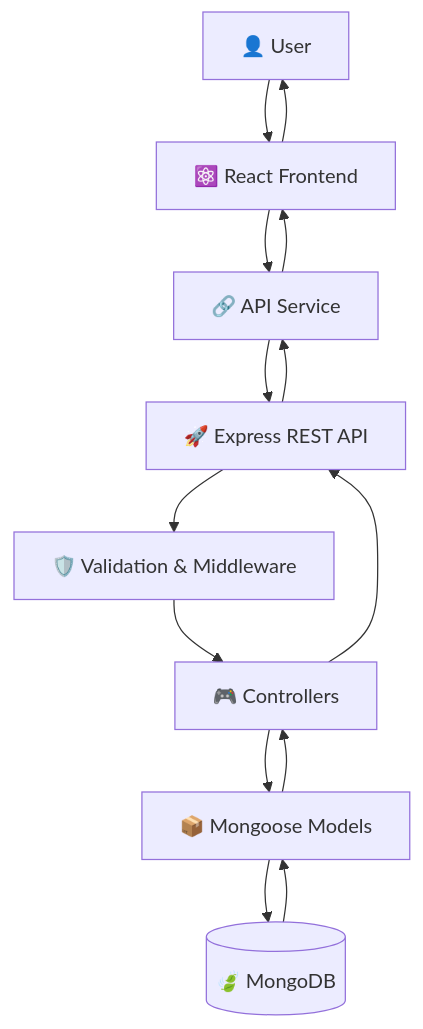
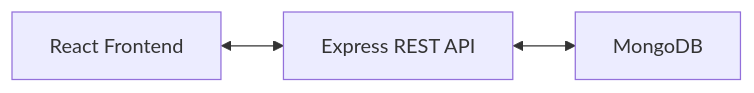
The first of 2 diagrams in README.md (madupojumounika/lead-manager), drawn with Mermaid before and after one commit. The commit also changed other lines of this file, not shown here.

````diff
--- a/README.md
+++ b/README.md
@@ -55,17 +55,5 @@
 ```mermaid
-flowchart TD
-    A["👤 User"] --> B["⚛️ React Frontend"]
-    B --> C["🔗 API Service"]
-    C --> D["🚀 Express REST API"]
-    D --> E["🛡️ Validation & Middleware"]
-    E --> F["🎮 Controllers"]
-    F --> G["📦 Mongoose Models"]
-    G --> H[("🍃 MongoDB")]
-
-    H --> G
-    G --> F
-    F --> D
-    D --> C
-    C --> B
-    B --> A
+flowchart LR
+    A["React Frontend"] <--> B["Express REST API"]
+    B <--> C["MongoDB"]
 ```
````
